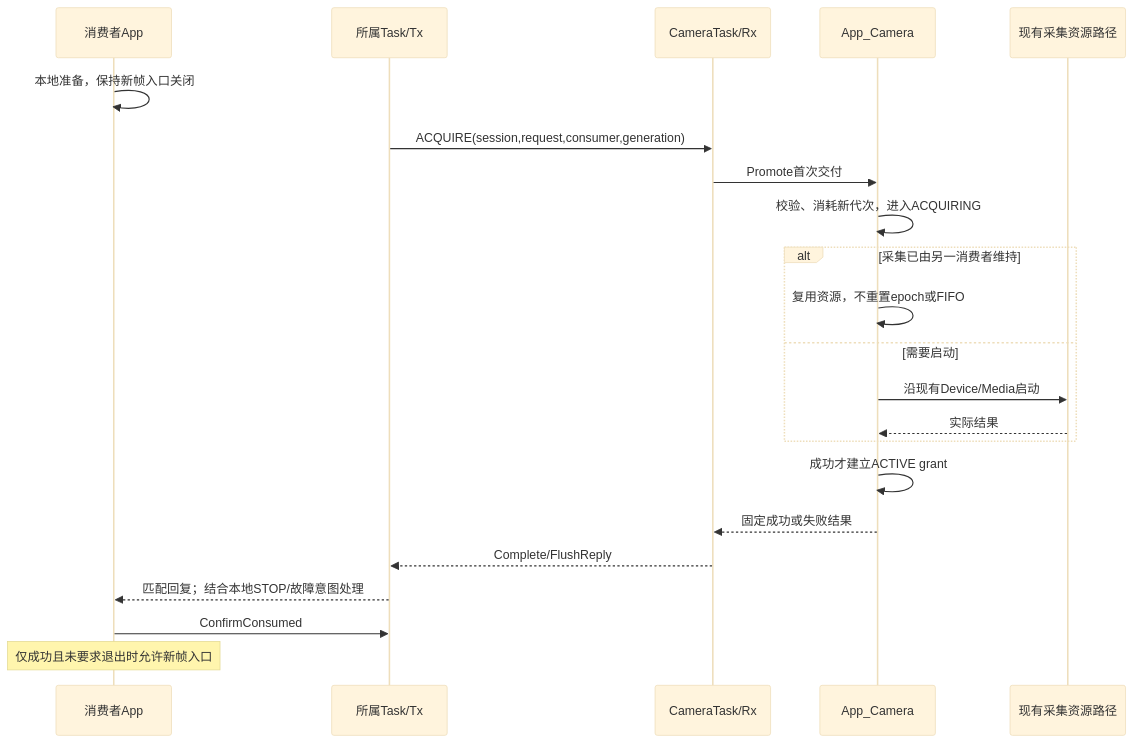
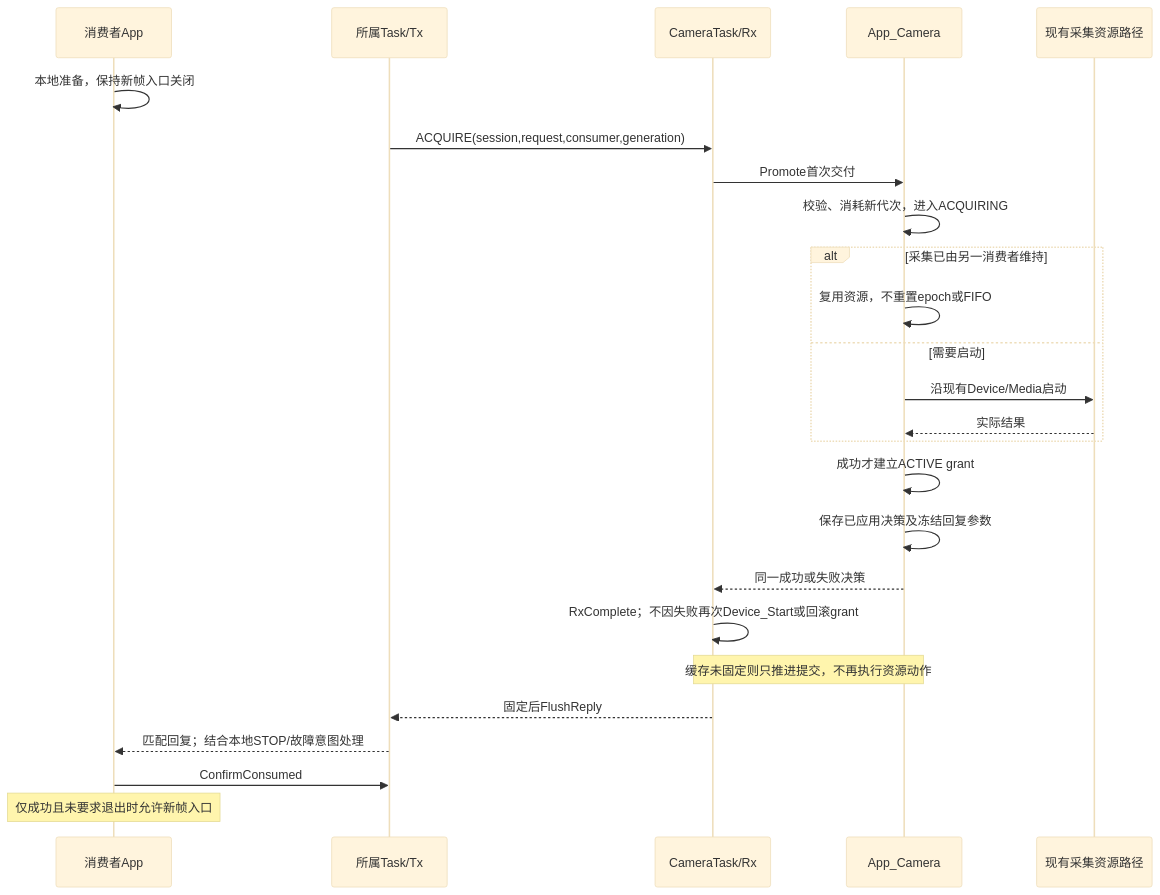
Before and after one commit to ruk93668-creator/h7_mac: the sixth of 8 diagrams in Docs/Design/C2.2_Consumer资格管理设计.md, drawn with Mermaid (base theme). The commit also changed other lines of this file, not shown here.

Commit message:
docs(C2.2-R1): separate resource facts from reply commit

````diff
--- a/Docs/Design/C2.2_Consumer资格管理设计.md
+++ b/Docs/Design/C2.2_Consumer资格管理设计.md
@@ -275,24 +352,27 @@
 ```mermaid
 sequenceDiagram
     participant A as 消费者App
     participant T as 所属Task/Tx
     participant R as CameraTask/Rx
     participant C as App_Camera
     participant H as 现有采集资源路径
     A->>A: 本地准备，保持新帧入口关闭
     T->>R: ACQUIRE(session,request,consumer,generation)
     R->>C: Promote首次交付
     C->>C: 校验、消耗新代次，进入ACQUIRING
     alt 采集已由另一消费者维持
         C->>C: 复用资源，不重置epoch或FIFO
     else 需要启动
         C->>H: 沿现有Device/Media启动
         H-->>C: 实际结果
     end
     C->>C: 成功才建立ACTIVE grant
-    C-->>R: 固定成功或失败结果
-    R-->>T: Complete/FlushReply
+    C->>C: 保存已应用决策及冻结回复参数
+    C-->>R: 同一成功或失败决策
+    R->>R: RxComplete；不因失败再次Device_Start或回滚grant
+    Note over C,R: 缓存未固定则只推进提交，不再执行资源动作
+    R-->>T: 固定后FlushReply
     T-->>A: 匹配回复；结合本地STOP/故障意图处理
     A->>T: ConfirmConsumed
     Note over A: 仅成功且未要求退出时允许新帧入口
 ```
````
